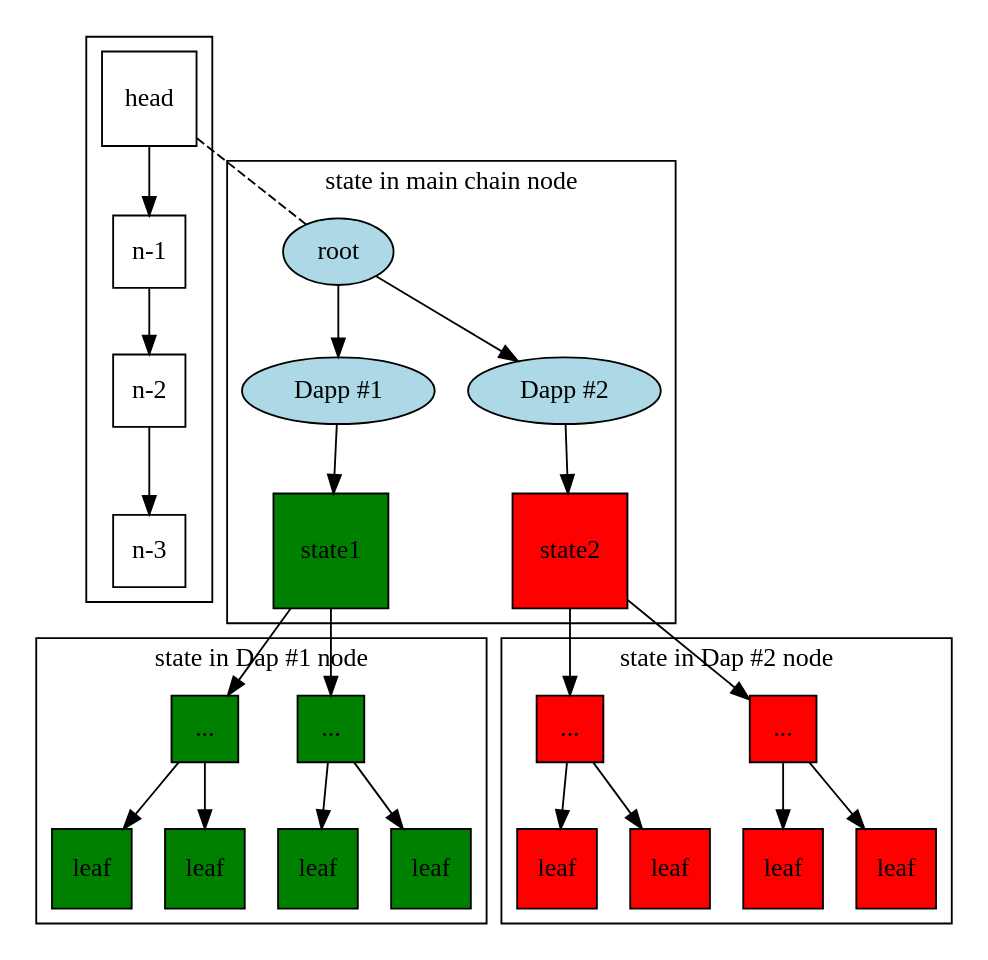
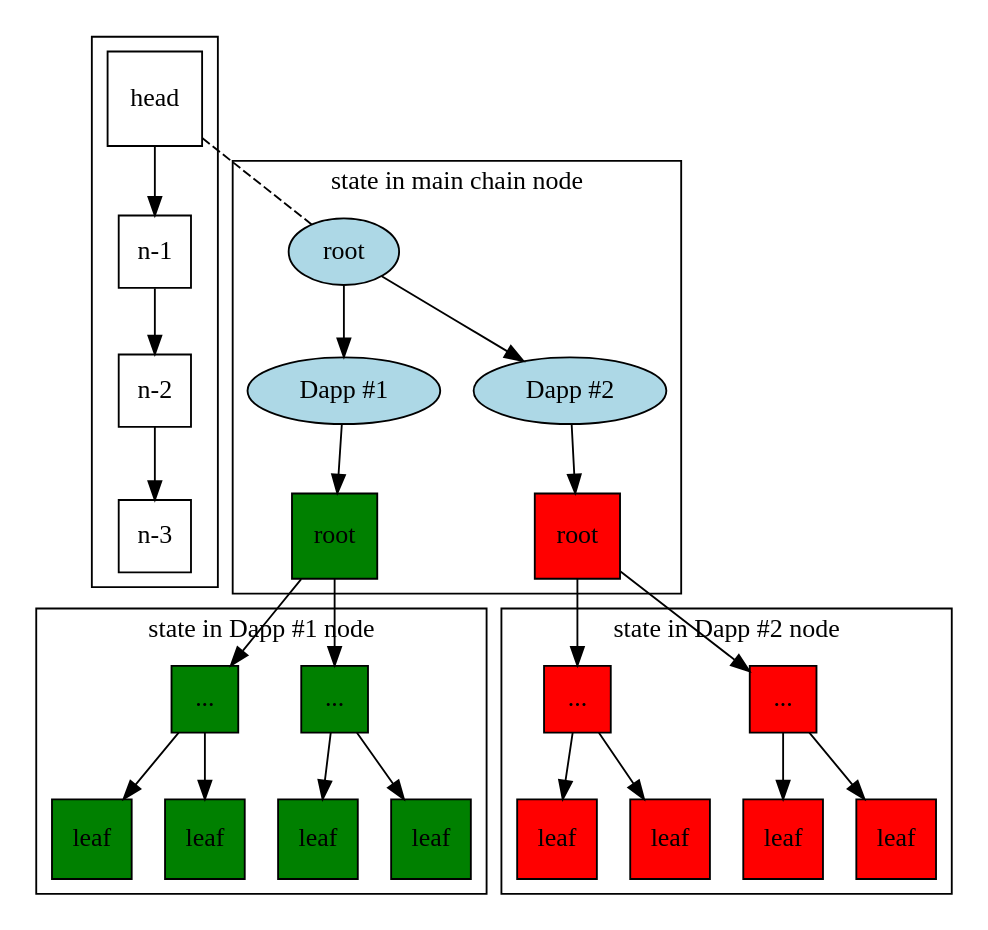
Before and after one commit to gballet/presentations: the diagram in ethcc20/poststate.dot, drawn with Graphviz. The commit also changed 1 other file, not shown here.

```diff
--- a/ethcc20/poststate.dot
+++ b/ethcc20/poststate.dot
@@ -1,61 +1,61 @@
 digraph D {
     subgraph cluster_chain {
     node [shape=square]
     
     r [label="head"]
     b [label="n-1"]
     c [label="n-2"]
     d [label="n-3"]
     r -> b -> c -> d
     }
 
     subgraph cluster_mainchain {
         label = "state in main chain node";
         node [style=filled,fillcolor=lightblue]
         
         root [fillcolor=lightblue]
         child1 [label="Dapp #1"]
         child2 [label="Dapp #2"]
         root -> child1 
         root -> child2
         
-        state1 [shape=square,fillcolor=green,style=filled]
+        state1 [shape=square,fillcolor=green,style=filled,label="root"]
         
-        state2 [shape=square,fillcolor=red,style=filled]
+        state2 [shape=square,fillcolor=red,style=filled,label="root"]
         }
         
     subgraph cluster_dapp1 {
         node [shape=square,fillcolor=green,style=filled]
-        label="state in Dap #1 node"
+        label="state in Dapp #1 node"
         node [label="..."]
         state11
         state12
         node [label="leaf"]
         state11 -> state111
         state11 -> state112
         state12 -> state121
         state12 -> state122
         }
         
     subgraph cluster_dapp2 {
         
         node [style=filled,shape=square,fillcolor=red]
-        label="state in Dap #2 node"
+        label="state in Dapp #2 node"
         node [label="..."]
         state21
         state22
         node [label="leaf"]
         state21 -> state211
         state21 -> state212
         state22 -> state221
         state22 -> state222
     }
     
     child1 -> state1
     child2 -> state2
     r -> root [dir=none,style=dashed]
     state1 -> state11
     state1 -> state12
     state2 -> state21
     state2 -> state22
 }
```
